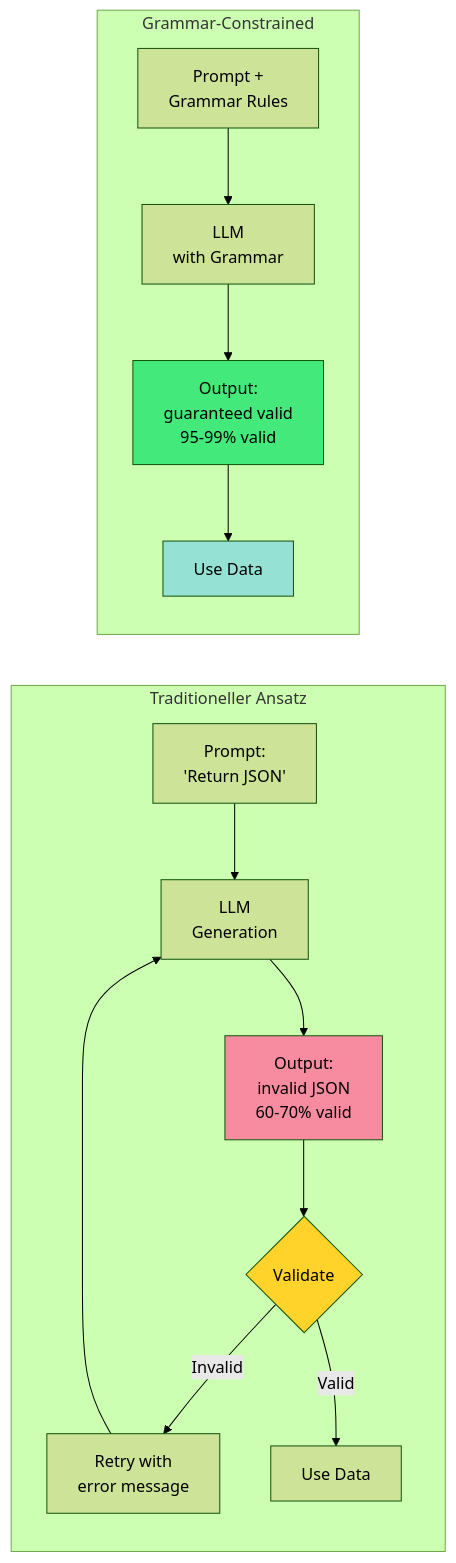
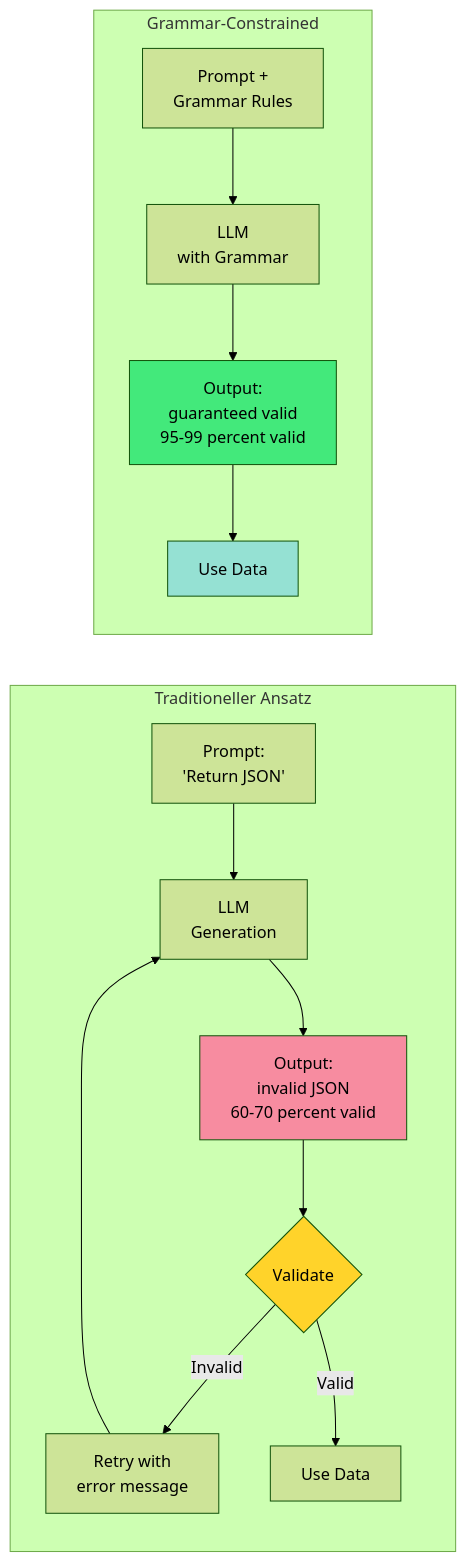
One commit to makr-code/ThemisDB changed the sixth of 7 diagrams in compendium/chapter_17_llm_integration.md. Above: the diagram before and after it, drawn with Mermaid (forest theme). The commit also changed other lines of this file and 19 other files, not shown here.

First line of the commit message:
Refactor Mermaid syntax and improve documentation consistency across chapters

````diff
--- a/compendium/chapter_17_llm_integration.md
+++ b/compendium/chapter_17_llm_integration.md
@@ -1942,22 +1942,22 @@
 ```mermaid
 graph LR
     subgraph "Traditioneller Ansatz"
         P1[Prompt:<br/>'Return JSON'] --> L1[LLM<br/>Generation]
-        L1 --> O1[Output:<br/>invalid JSON<br/>60-70% valid]
+        L1 --> O1[Output:<br/>invalid JSON<br/>60-70 percent valid]
         O1 --> V1{Validate}
         V1 -->|Invalid| Retry[Retry with<br/>error message]
         Retry --> L1
         V1 -->|Valid| Result1[Use Data]
     end
     
     subgraph "Grammar-Constrained"
         P2[Prompt +<br/>Grammar Rules] --> L2[LLM<br/>with Grammar]
-        L2 --> O2[Output:<br/>guaranteed valid<br/>95-99% valid]
+        L2 --> O2[Output:<br/>guaranteed valid<br/>95-99 percent valid]
         O2 --> Result2[Use Data]
     end
     
     style O1 fill:#f78ca0
     style O2 fill:#43e97b
     style V1 fill:#ffd32a
     style Result2 fill:#95e1d3
 ```
````
